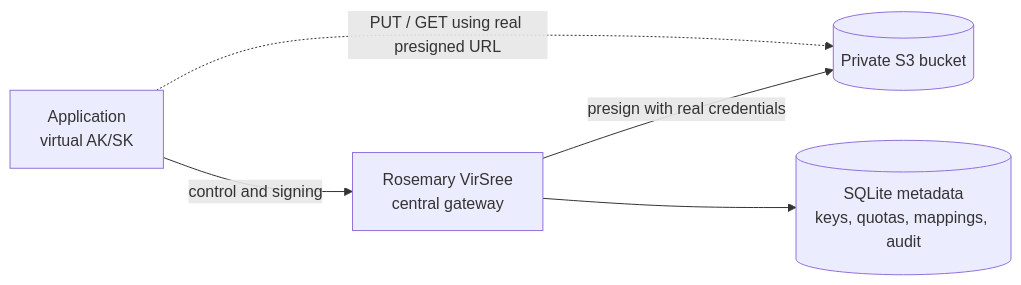
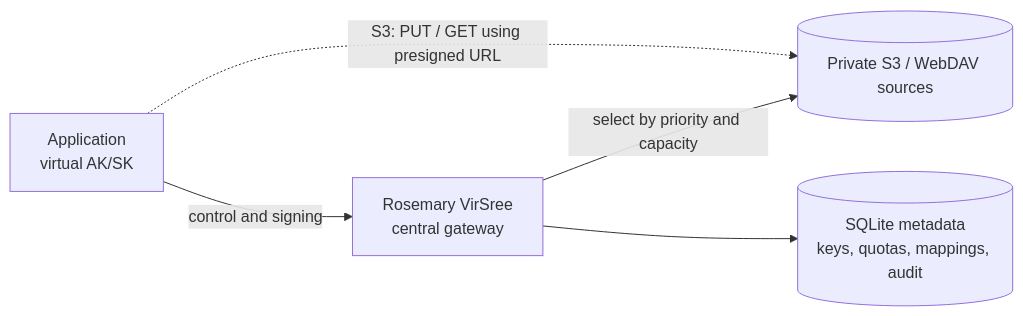
One commit to Foodie05/rosemary-virsree changed the diagram in README.md. Above: the diagram before and after it, drawn with Mermaid. The commit also changed other lines of this file and 36 other files, not shown here.

````diff
--- a/README.md
+++ b/README.md
@@ -19,7 +19,7 @@
 ```mermaid
 flowchart LR
   A[Application\nvirtual AK/SK] -->|control and signing| G[Rosemary VirSree\ncentral gateway]
-  G -->|presign with real credentials| S[(Private S3 bucket)]
-  A -.->|PUT / GET using real presigned URL| S
+  G -->|select by priority and capacity| S[(Private S3 / WebDAV sources)]
+  A -.->|S3: PUT / GET using presigned URL| S
   G --> M[(SQLite metadata\nkeys, quotas, mappings, audit)]
 ```
````
